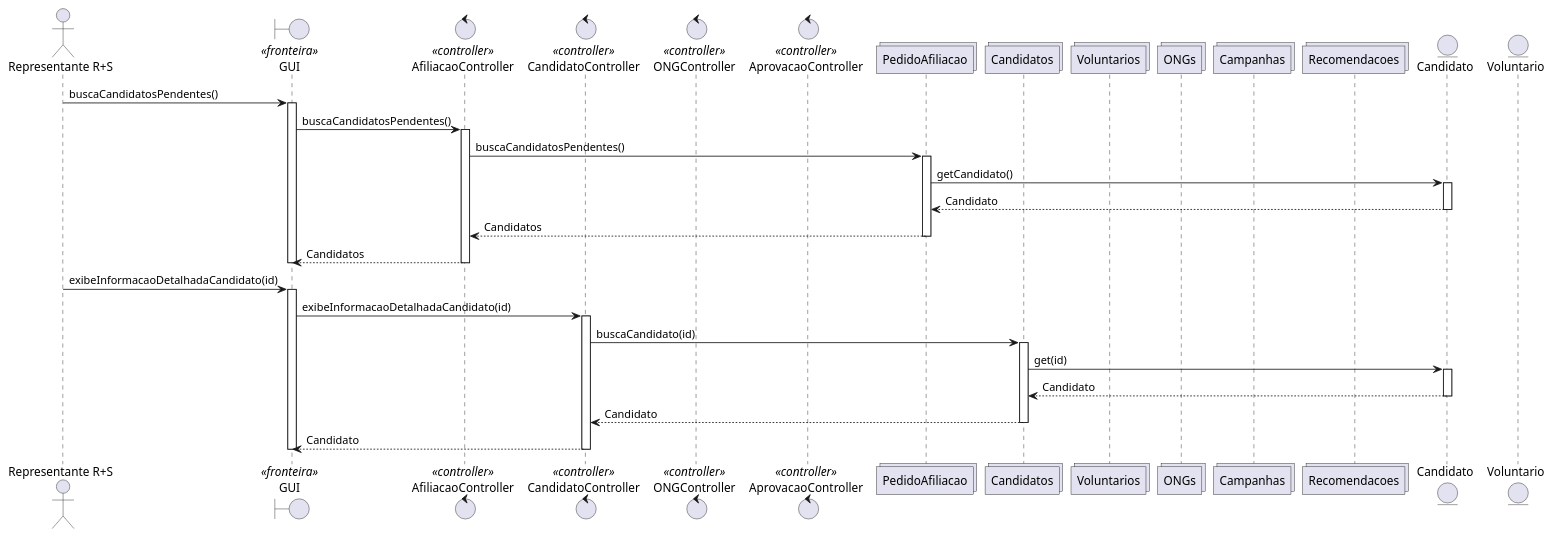
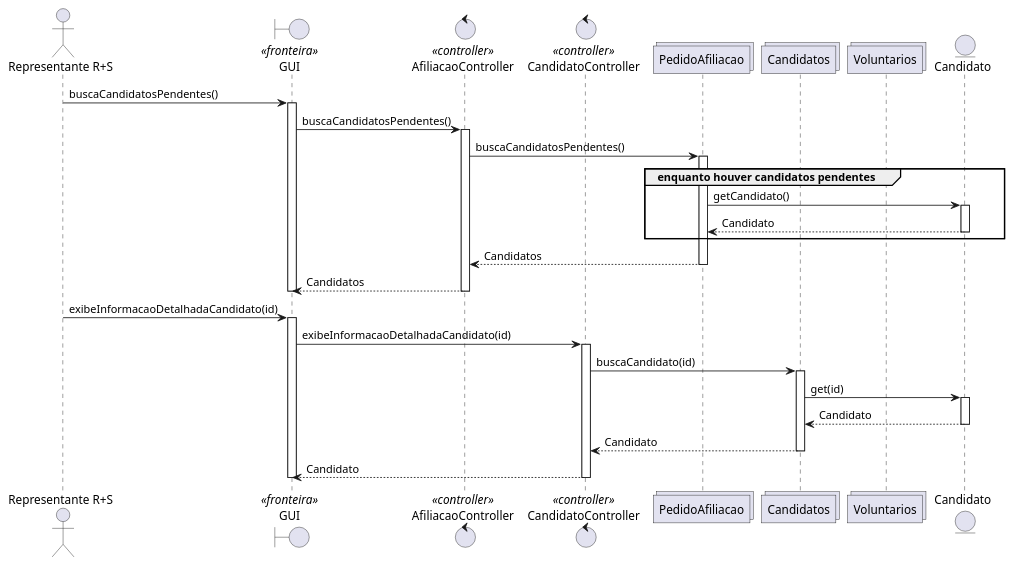
Before and after one commit to guisgiacomini/redeMaisSocialProjetoSoftware: the diagram in diagrama-sequencia/uc003/fluxo-principal/fluxo-principal-1.puml, drawn with PlantUML. The commit also changed 3 other files, not shown here.

Commit message:
Atualizando diagrama de sequencia uc003

```diff
--- a/diagrama-sequencia/uc003/fluxo-principal/fluxo-principal-1.puml
+++ b/diagrama-sequencia/uc003/fluxo-principal/fluxo-principal-1.puml
@@ -1,71 +1,67 @@
 @startuml
 
 actor "Representante R+S" as representante
 boundary "GUI" as gui <<fronteira>>
 control "AfiliacaoController" as afiliacaoController <<controller>>
 control "CandidatoController" as candidatoController <<controller>>
-control "ONGController" as ongController<<controller>>
-control "AprovacaoController" as aprovacaoController<<controller>>
+
 collections "PedidoAfiliacao" as pedidoAfiliacao
 collections "Candidatos" as candidatos
 collections "Voluntarios" as voluntarios
-collections "ONGs" as ongs
-collections "Campanhas" as campanhas
-collections "Recomendacoes" as recomendacoes
+
 entity "Candidato" as candidato
-entity "Voluntario" as voluntario
 
 
 representante -> gui: buscaCandidatosPendentes()
 activate gui
 
     gui -> afiliacaoController: buscaCandidatosPendentes()
     activate afiliacaoController
 
         afiliacaoController -> pedidoAfiliacao: buscaCandidatosPendentes()
         activate pedidoAfiliacao
+            group enquanto houver candidatos pendentes
+                pedidoAfiliacao -> candidato: getCandidato()
+                activate candidato
+                    
+                    candidato --> pedidoAfiliacao: Candidato
 
-            pedidoAfiliacao -> candidato: getCandidato()
-            activate candidato
-                
-                candidato --> pedidoAfiliacao: Candidato
-
-            deactivate candidato
-
+                deactivate candidato
+            end
             pedidoAfiliacao --> afiliacaoController: Candidatos
 
             deactivate pedidoAfiliacao
 
         afiliacaoController --> gui: Candidatos
         deactivate afiliacaoController
 
 deactivate gui 
 
 
 representante -> gui: exibeInformacaoDetalhadaCandidato(id)
 activate gui
 
     gui -> candidatoController: exibeInformacaoDetalhadaCandidato(id)
     activate candidatoController
 
         candidatoController -> candidatos: buscaCandidato(id)
         activate candidatos
 
             candidatos -> candidato: get(id)
             activate candidato
 
                 candidato --> candidatos: Candidato
 
             deactivate candidato
             candidatos --> candidatoController: Candidato
 
         deactivate candidatos
         candidatoController --> gui: Candidato
 
     deactivate candidatoController
 
 deactivate gui
 
 
 
 @enduml
```
